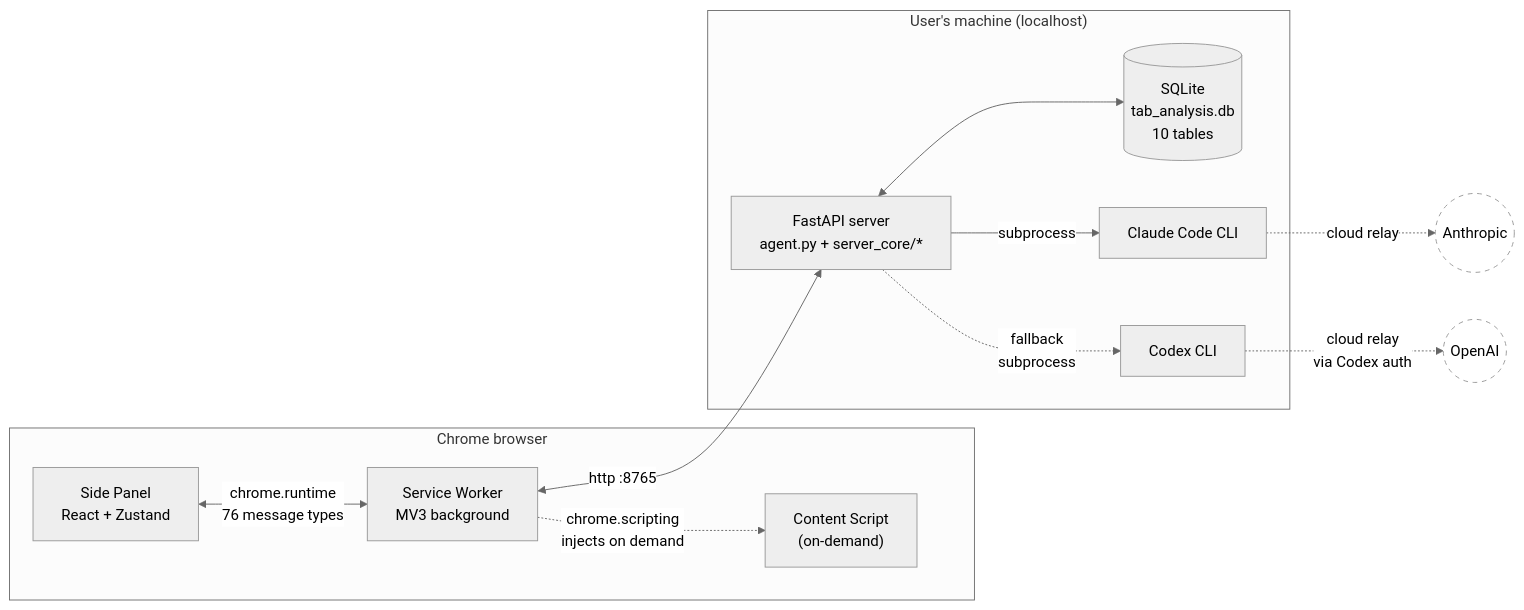
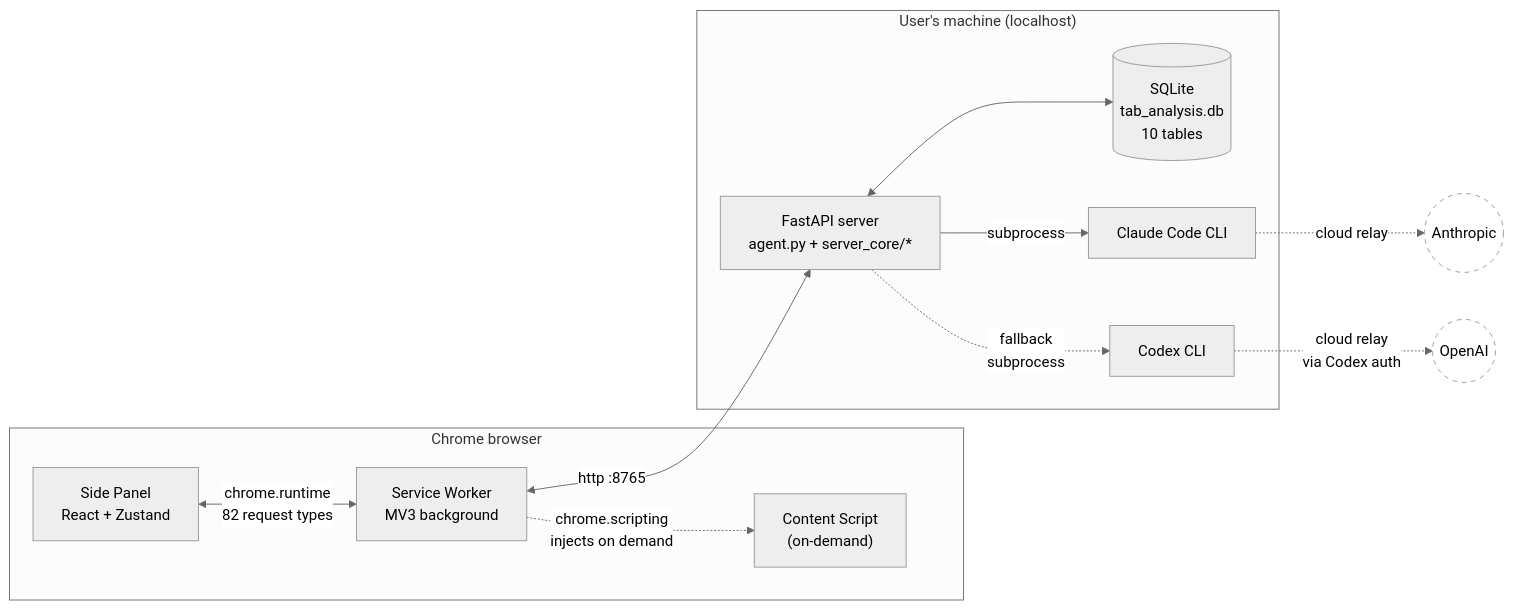
Before and after one commit to eiler2005/ai-tab-optimizer: the first of 6 diagrams in docs/ARCHITECTURE.md, drawn with Mermaid (neutral theme). The commit also changed other lines of this file and 28 other files, not shown here.

````diff
--- a/docs/ARCHITECTURE.md
+++ b/docs/ARCHITECTURE.md
@@ -9,26 +9,26 @@
 ```mermaid
 flowchart LR
   subgraph Browser["Chrome browser"]
     SP["Side Panel<br/>React + Zustand"]
     SW["Service Worker<br/>MV3 background"]
     CS["Content Script<br/>(on-demand)"]
   end
 
   subgraph LocalMachine["User's machine (localhost)"]
     SRV["FastAPI server<br/>agent.py + server_core/*"]
     DB[("SQLite<br/>tab_analysis.db<br/>10 tables")]
     CCC["Claude Code CLI"]
     COX["Codex CLI"]
   end
 
-  SP <--> |chrome.runtime<br/>76 message types| SW
+  SP <--> |chrome.runtime<br/>82 request types| SW
   SW <--> |http :8765| SRV
   SW -.-> |chrome.scripting<br/>injects on demand| CS
   SRV <--> DB
   SRV --> |subprocess| CCC
   SRV -.-> |fallback<br/>subprocess| COX
   COX -. cloud relay<br/>via Codex auth .-> Cloud(("OpenAI")):::cloud
   CCC -. cloud relay .-> Anthropic(("Anthropic")):::cloud
 
   classDef cloud fill:#fff,stroke:#999,stroke-dasharray: 5 5;
 ```
````
